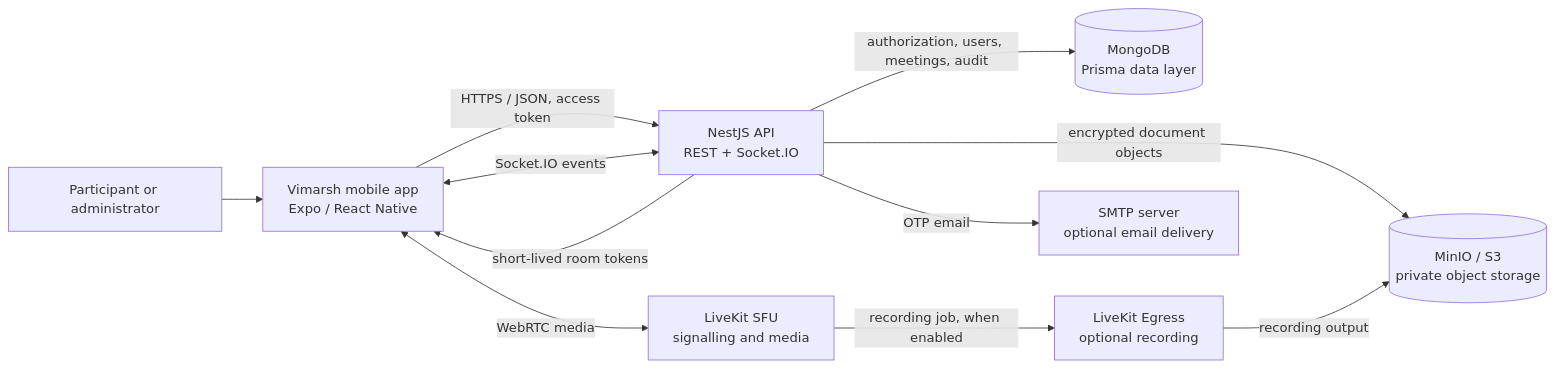
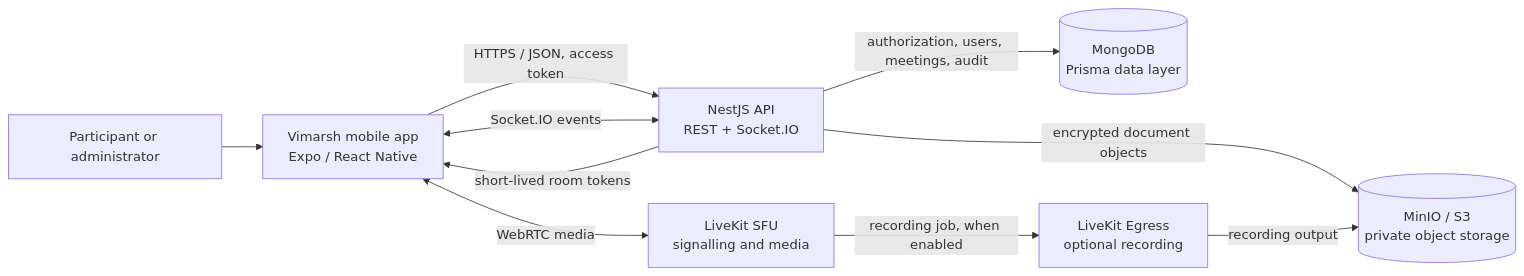
One commit to rashmi06an/Vimarsh- changed the first of 7 diagrams in README.md. Above: the diagram before and after it, drawn with Mermaid. The commit also changed other lines of this file, not shown here.

````diff
--- a/README.md
+++ b/README.md
@@ -18,22 +18,20 @@
 ```mermaid
 flowchart LR
     Person["Participant or administrator"]
     App["Vimarsh mobile app<br/>Expo / React Native"]
     API["NestJS API<br/>REST + Socket.IO"]
     DB[("MongoDB<br/>Prisma data layer")]
     Store[("MinIO / S3<br/>private object storage")]
     SFU["LiveKit SFU<br/>signalling and media"]
     Egress["LiveKit Egress<br/>optional recording"]
-    Mail["SMTP server<br/>optional email delivery"]
 
     Person --> App
     App -->|"HTTPS / JSON, access token"| API
     App <-->|"Socket.IO events"| API
     App <-->|"WebRTC media"| SFU
     API -->|"authorization, users, meetings, audit"| DB
     API -->|"encrypted document objects"| Store
     API -->|"short-lived room tokens"| App
-    API -->|"OTP email"| Mail
     SFU -->|"recording job, when enabled"| Egress
     Egress -->|"recording output"| Store
 ```
````
